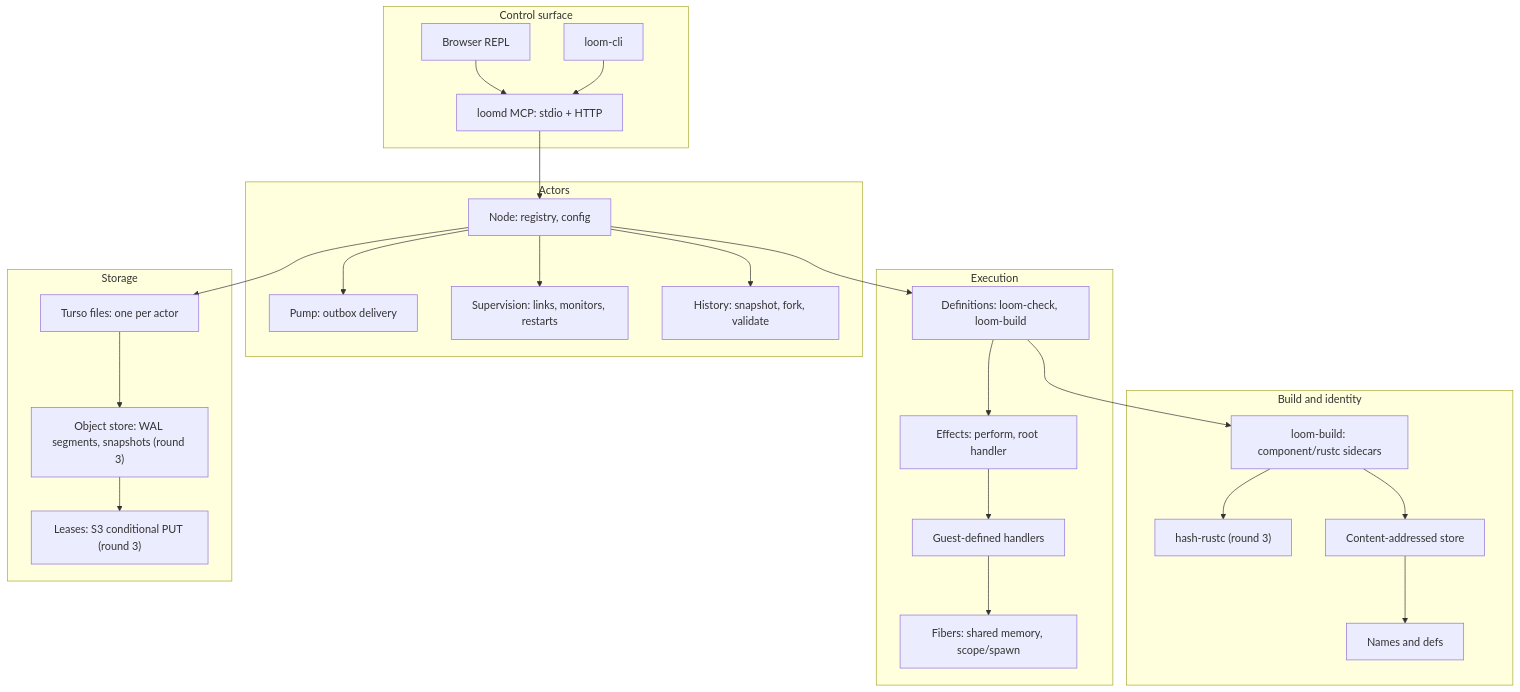
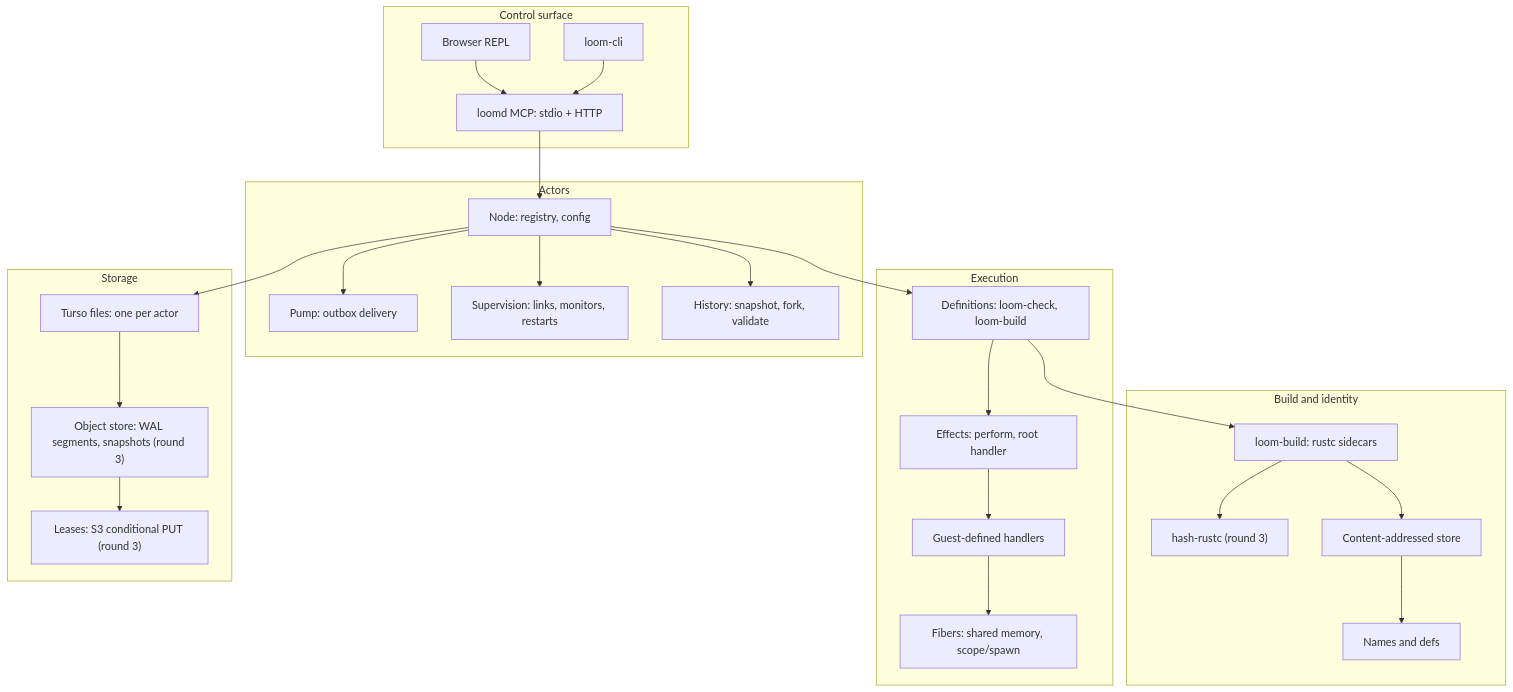
One commit to andrewgazelka/loom changed the first of 2 diagrams in docs/architecture.md. Above: the diagram before and after it, drawn with Mermaid. The commit also changed other lines of this file and 3 other files, not shown here.

````diff
--- a/docs/architecture.md
+++ b/docs/architecture.md
@@ -31,49 +31,49 @@
 ```mermaid
 graph TD
     subgraph Control surface
         MCP[loomd MCP: stdio + HTTP]
         UI[Browser REPL]
         CLI[loom-cli]
     end
     subgraph Actors
         Node[Node: registry, config]
         Pump[Pump: outbox delivery]
         Sup[Supervision: links, monitors, restarts]
         Hist[History: snapshot, fork, validate]
     end
     subgraph Execution
         Defs[Definitions: loom-check, loom-build]
         Effects[Effects: perform, root handler]
         Handlers[Guest-defined handlers]
         Fibers[Fibers: shared memory, scope/spawn]
     end
     subgraph "Build and identity"
         HashRustc["hash-rustc (round 3)"]
-        Build[loom-build: component/rustc sidecars]
+        Build[loom-build: rustc sidecars]
         CAS[Content-addressed store]
         Names[Names and defs]
     end
     subgraph Storage
         Turso[Turso files: one per actor]
         Obj["Object store: WAL segments, snapshots (round 3)"]
         Leases["Leases: S3 conditional PUT (round 3)"]
     end
 
     MCP --> Node
     UI --> MCP
     CLI --> MCP
     Node --> Pump
     Node --> Sup
     Node --> Hist
     Node --> Defs
     Defs --> Effects
     Effects --> Handlers
     Handlers --> Fibers
     Defs --> Build
     Build --> HashRustc
     Build --> CAS
     CAS --> Names
     Node --> Turso
     Turso --> Obj
     Obj --> Leases
 ```
````
